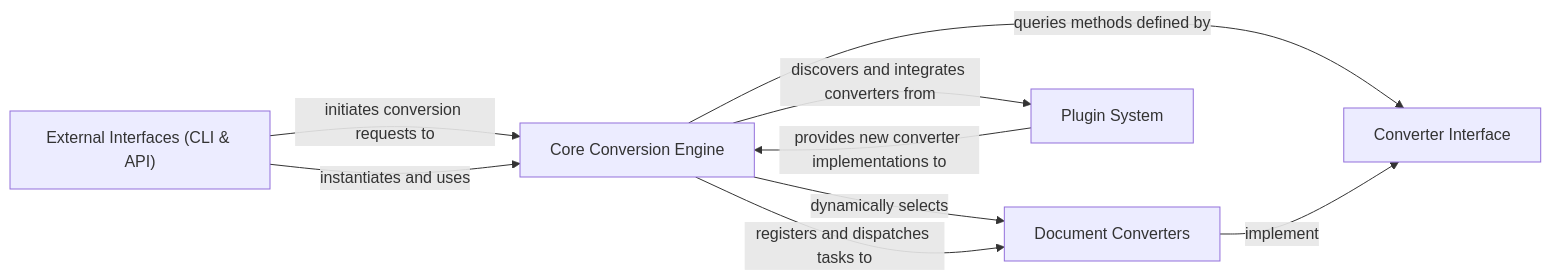
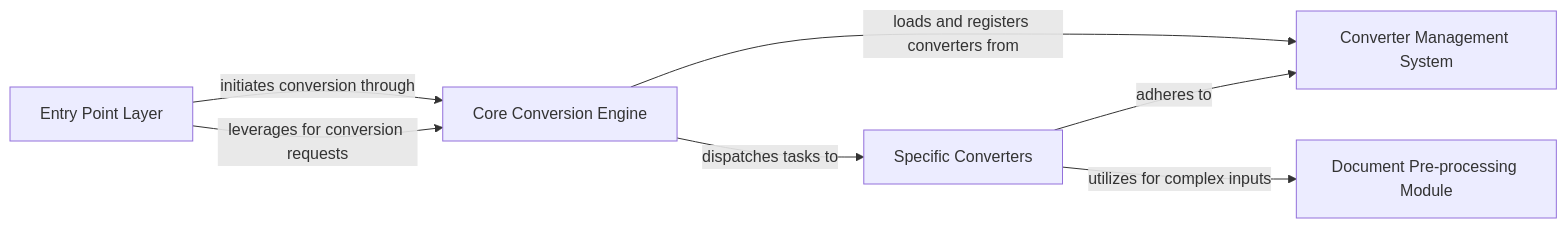
The diagram in markitdown/on_boarding.md (CodeBoarding/GeneratedOnBoardings), drawn with Mermaid before and after one commit. The commit also changed other lines of this file and 4 other files, not shown here.

````diff
--- a/markitdown/on_boarding.md
+++ b/markitdown/on_boarding.md
@@ -1,20 +1,14 @@
 ```mermaid
 graph LR
+    Entry_Point_Layer["Entry Point Layer"]
     Core_Conversion_Engine["Core Conversion Engine"]
-    Converter_Interface["Converter Interface"]
-    Document_Converters["Document Converters"]
-    External_Interfaces_CLI_API_["External Interfaces (CLI & API)"]
-    Plugin_System["Plugin System"]
-    External_Interfaces_CLI_API_ -- "initiates conversion requests to" --> Core_Conversion_Engine
-    External_Interfaces_CLI_API_ -- "instantiates and uses" --> Core_Conversion_Engine
-    Core_Conversion_Engine -- "dynamically selects" --> Document_Converters
-    Core_Conversion_Engine -- "queries methods defined by" --> Converter_Interface
-    Document_Converters -- "implement" --> Converter_Interface
-    Core_Conversion_Engine -- "registers and dispatches tasks to" --> Document_Converters
-    Core_Conversion_Engine -- "discovers and integrates converters from" --> Plugin_System
-    Plugin_System -- "provides new converter implementations to" --> Core_Conversion_Engine
-    click Core_Conversion_Engine href "https://github.com/CodeBoarding/GeneratedOnBoardings/blob/main/markitdown/Core_Conversion_Engine.md" "Details"
-    click Converter_Interface href "https://github.com/CodeBoarding/GeneratedOnBoardings/blob/main/markitdown/Converter_Interface.md" "Details"
-    click Document_Converters href "https://github.com/CodeBoarding/GeneratedOnBoardings/blob/main/markitdown/Document_Converters.md" "Details"
-    click Plugin_System href "https://github.com/CodeBoarding/GeneratedOnBoardings/blob/main/markitdown/Plugin_System.md" "Details"
+    Converter_Management_System["Converter Management System"]
+    Specific_Converters["Specific Converters"]
+    Document_Pre_processing_Module["Document Pre-processing Module"]
+    Entry_Point_Layer -- "initiates conversion through" --> Core_Conversion_Engine
+    Entry_Point_Layer -- "leverages for conversion requests" --> Core_Conversion_Engine
+    Core_Conversion_Engine -- "dispatches tasks to" --> Specific_Converters
+    Core_Conversion_Engine -- "loads and registers converters from" --> Converter_Management_System
+    Specific_Converters -- "adheres to" --> Converter_Management_System
+    Specific_Converters -- "utilizes for complex inputs" --> Document_Pre_processing_Module
 ```
````
